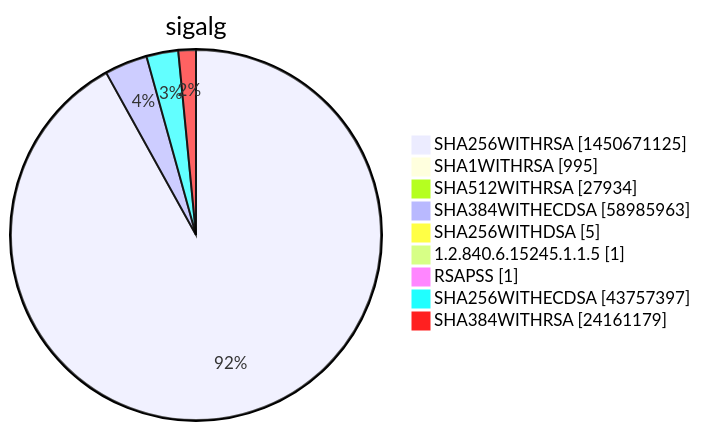
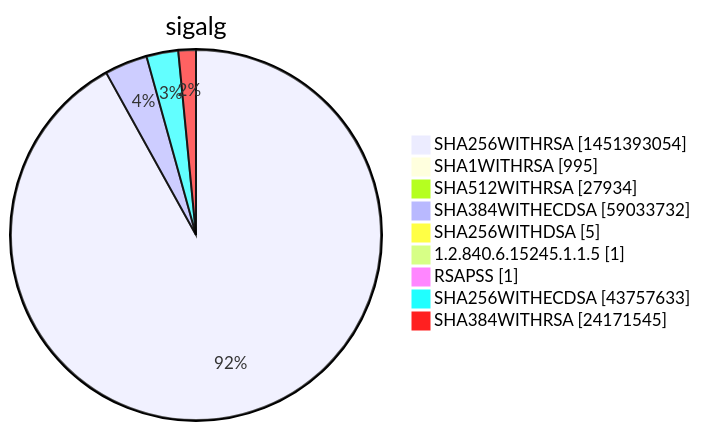
Before and after one commit to christiankrug/ctmonitor_visualization: diagram 15 of 15 in xenon2022/README.md, drawn with Mermaid. The commit also changed other lines of this file, not shown here.

````diff
--- a/xenon2022/README.md
+++ b/xenon2022/README.md
@@ -5862,13 +5862,13 @@
 ```mermaid
 pie showData
 title sigalg
-"SHA256WITHRSA" :1450671125
+"SHA256WITHRSA" :1451393054
 "SHA1WITHRSA" :995
 "SHA512WITHRSA" :27934
-"SHA384WITHECDSA" :58985963
+"SHA384WITHECDSA" :59033732
 "SHA256WITHDSA" :5
 "1.2.840.6.15245.1.1.5" :1
 "RSAPSS" :1
-"SHA256WITHECDSA" :43757397
-"SHA384WITHRSA" :24161179
+"SHA256WITHECDSA" :43757633
+"SHA384WITHRSA" :24171545
 ```
````
